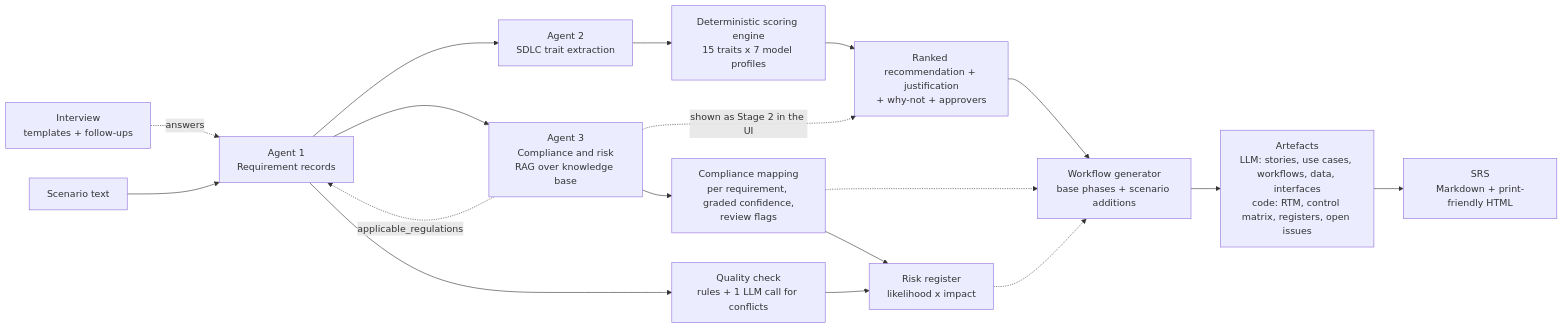
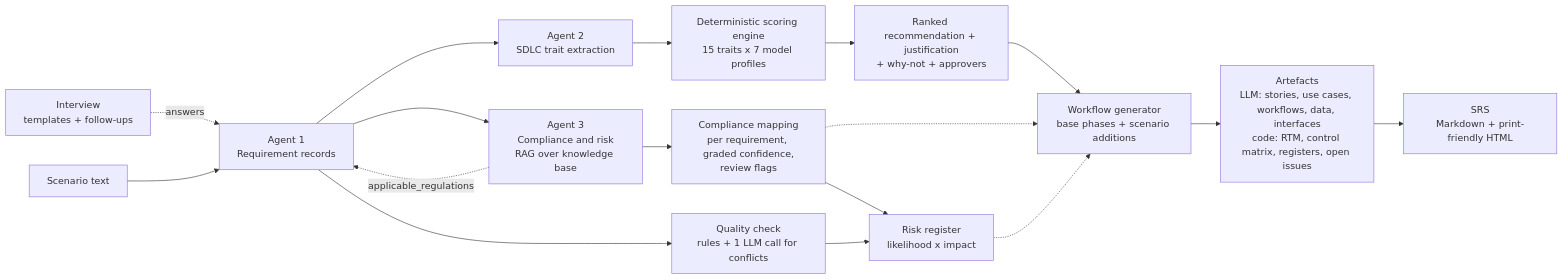
One commit to darshan-gittygit/se-project changed the first of 2 diagrams in docs/ARCHITECTURE.md. Above: the diagram before and after it, drawn with Mermaid. The commit also changed other lines of this file and 10 other files, not shown here.

Commit message:
Phase 7: rebuilt UI (violet on black), charts, approvals, audit view, recorded sample

````diff
--- a/docs/ARCHITECTURE.md
+++ b/docs/ARCHITECTURE.md
@@ -9,20 +9,19 @@
 ```mermaid
 flowchart LR
     I[Interview<br/>templates + follow-ups] -. answers .-> B
     A[Scenario text] --> B[Agent 1<br/>Requirement records]
     B --> C[Agent 3<br/>Compliance and risk<br/>RAG over knowledge base]
     C -. applicable_regulations .-> B
     C --> M[Compliance mapping<br/>per requirement, graded confidence,<br/>review flags]
     B --> Q[Quality check<br/>rules + 1 LLM call for conflicts]
     M --> R[Risk register<br/>likelihood x impact]
     Q --> R
     B --> D[Agent 2<br/>SDLC trait extraction]
     D --> E[Deterministic scoring engine<br/>15 traits x 7 model profiles]
     E --> F[Ranked recommendation + justification<br/>+ why-not + approvers]
     F --> W[Workflow generator<br/>base phases + scenario additions]
     M -.-> W
     R -.-> W
     W --> G[Artefacts<br/>LLM: stories, use cases, workflows, data, interfaces<br/>code: RTM, control matrix, registers, open issues]
     G --> S[SRS<br/>Markdown + print-friendly HTML]
-    C -. shown as Stage 2 in the UI .-> F
 ```
````
